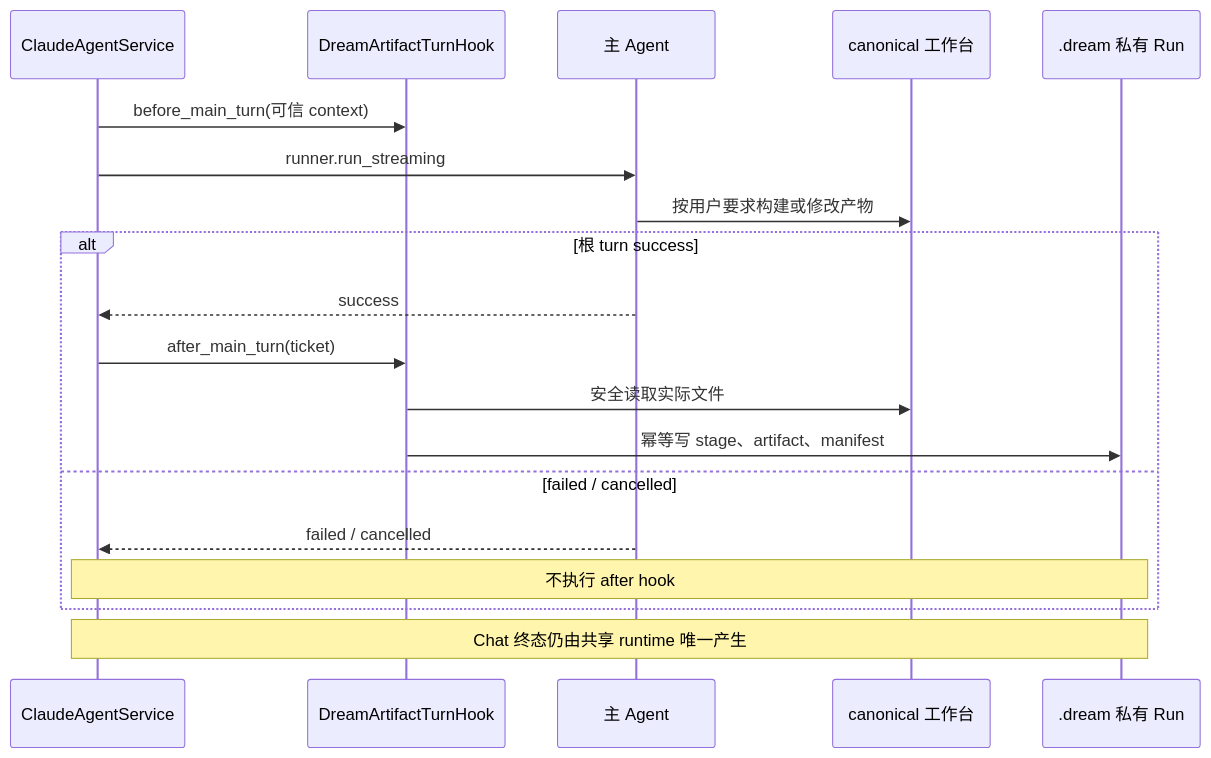
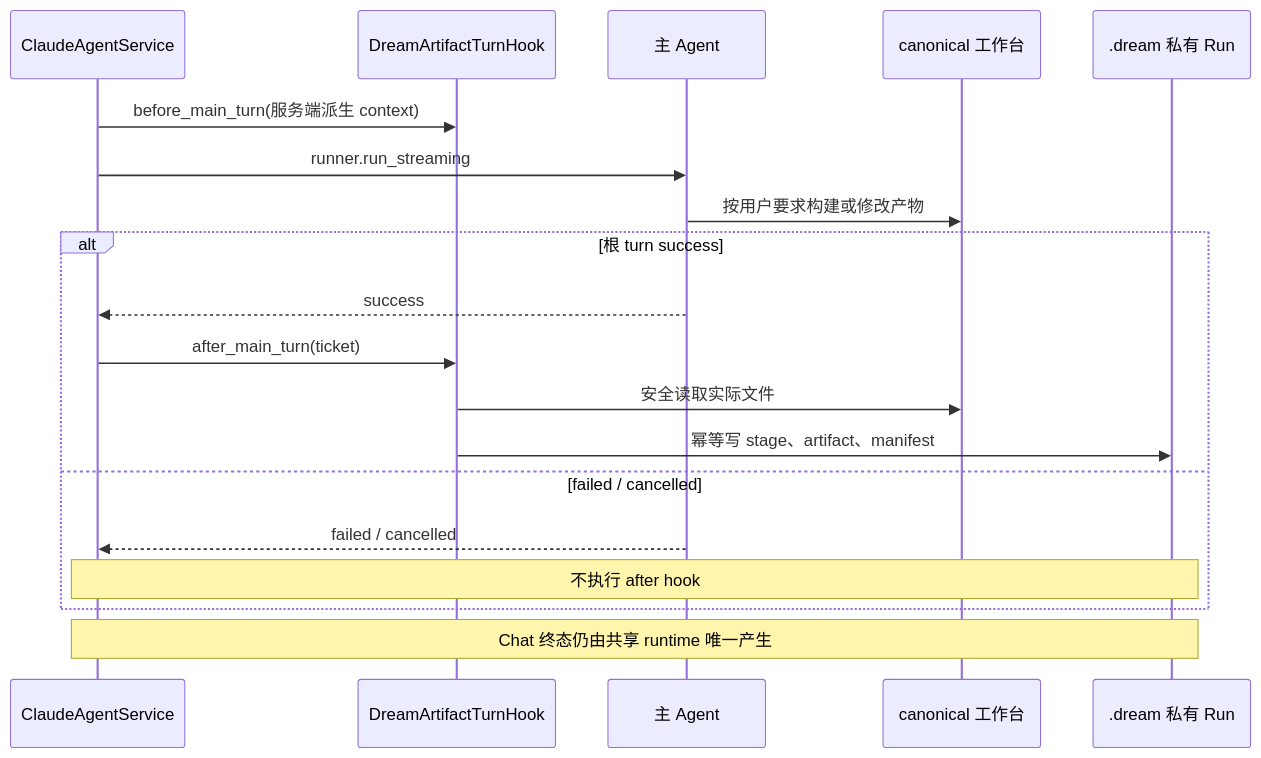
Before and after one commit to glide-the/im-dream: the diagram in docs/design/dream-agent/dreamflow-tool-boundaries.md, drawn with Mermaid. The commit also changed other lines of this file and 99 other files, not shown here.

````diff
--- a/docs/design/dream-agent/dreamflow-tool-boundaries.md
+++ b/docs/design/dream-agent/dreamflow-tool-boundaries.md
@@ -29,22 +29,22 @@
 ```mermaid
 sequenceDiagram
     participant Service as ClaudeAgentService
     participant Hook as DreamArtifactTurnHook
     participant Agent as 主 Agent
     participant Files as canonical 工作台
     participant Private as .dream 私有 Run
 
-    Service->>Hook: before_main_turn(可信 context)
+    Service->>Hook: before_main_turn(服务端派生 context)
     Service->>Agent: runner.run_streaming
     Agent->>Files: 按用户要求构建或修改产物
     alt 根 turn success
         Agent-->>Service: success
         Service->>Hook: after_main_turn(ticket)
         Hook->>Files: 安全读取实际文件
         Hook->>Private: 幂等写 stage、artifact、manifest
     else failed / cancelled
         Agent-->>Service: failed / cancelled
         Note over Service,Private: 不执行 after hook
     end
     Note over Service,Private: Chat 终态仍由共享 runtime 唯一产生
 ```
````
